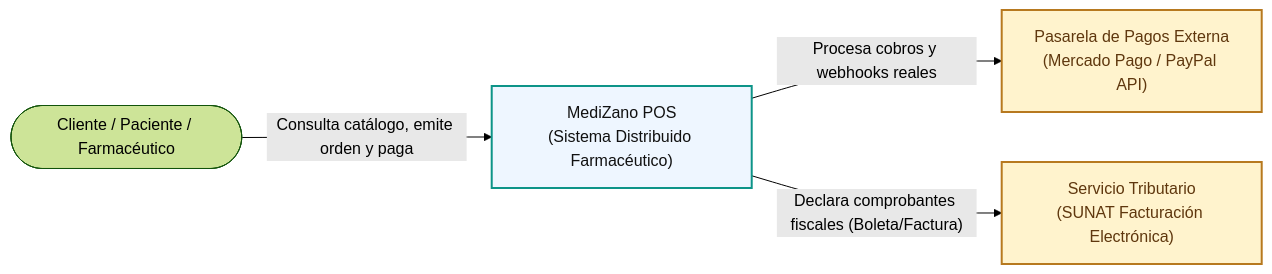
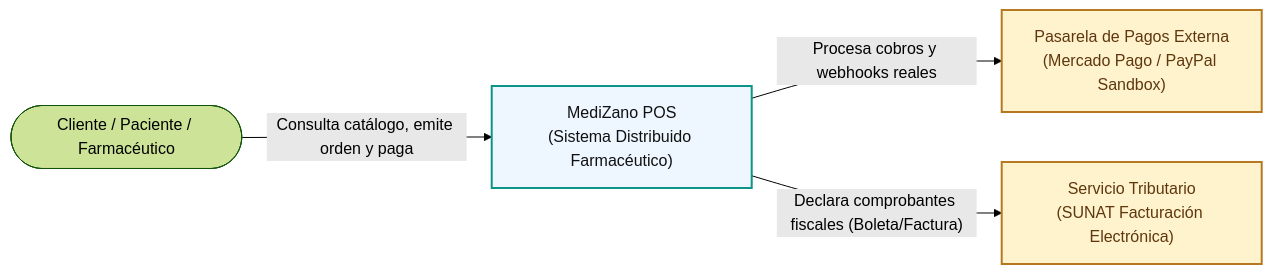
Before and after one commit to Dakar-11/MediZano_microservicios: the second of 4 diagrams in docs/index.md, drawn with Mermaid (forest theme). The commit also changed other lines of this file and 1 other file, not shown here.

````diff
--- a/docs/index.md
+++ b/docs/index.md
@@ -72,16 +157,16 @@
 ```mermaid
 flowchart LR
     Usuario(["Cliente / Paciente / Farmacéutico"])
     MediZano["MediZano POS\n(Sistema Distribuido Farmacéutico)"]
-    MercadoPago["Pasarela de Pagos Externa\n(Mercado Pago / PayPal API)"]
+    MercadoPago["Pasarela de Pagos Externa\n(Mercado Pago / PayPal Sandbox)"]
     Sunat["Servicio Tributario\n(SUNAT Facturación Electrónica)"]
 
     Usuario -->|"Consulta catálogo, emite orden y paga"| MediZano
     MediZano -->|"Procesa cobros y webhooks reales"| MercadoPago
     MediZano -->|"Declara comprobantes fiscales (Boleta/Factura)"| Sunat
 
     classDef system fill:#eef6ff,stroke:#0d9488,stroke-width:2px,color:#111;
     classDef external fill:#fff3cd,stroke:#b7791f,stroke-width:2px,color:#5f370e;
     class MediZano system;
     class MercadoPago,Sunat external;
 ```
````
